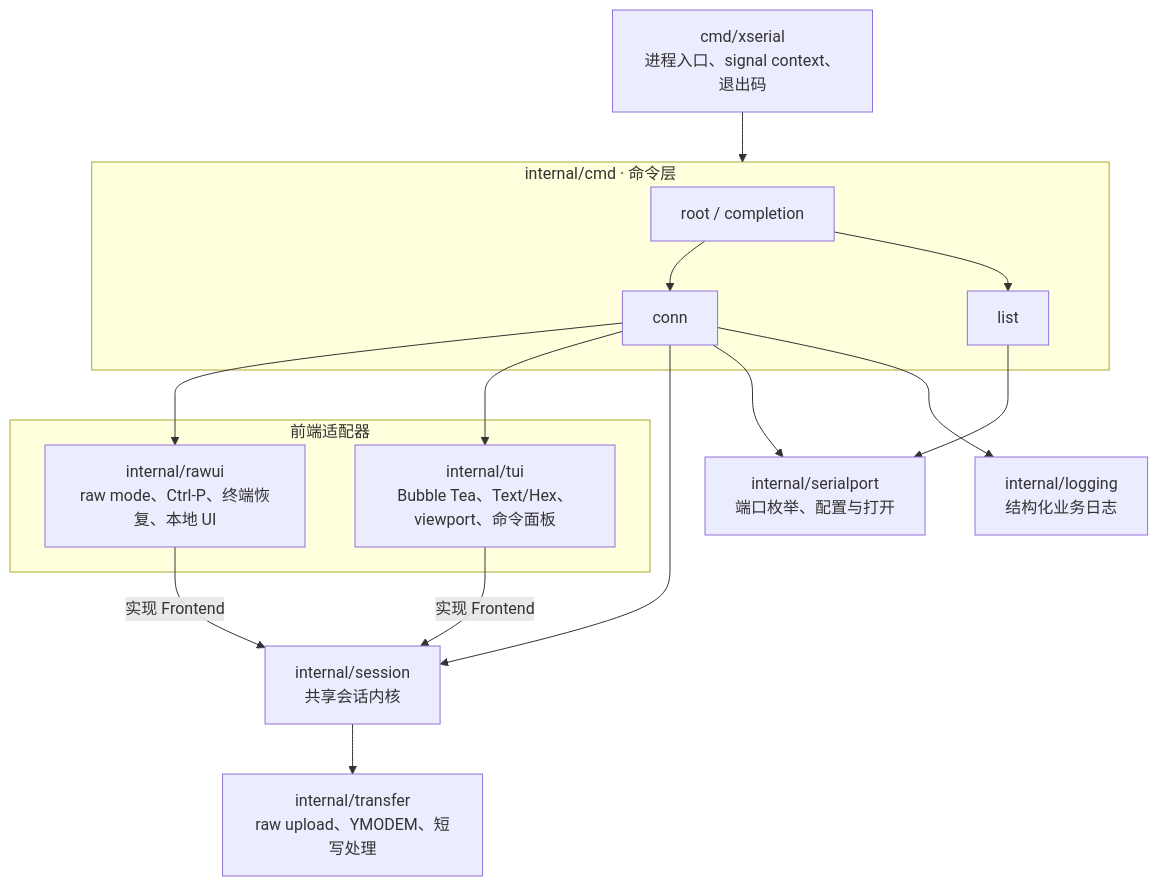
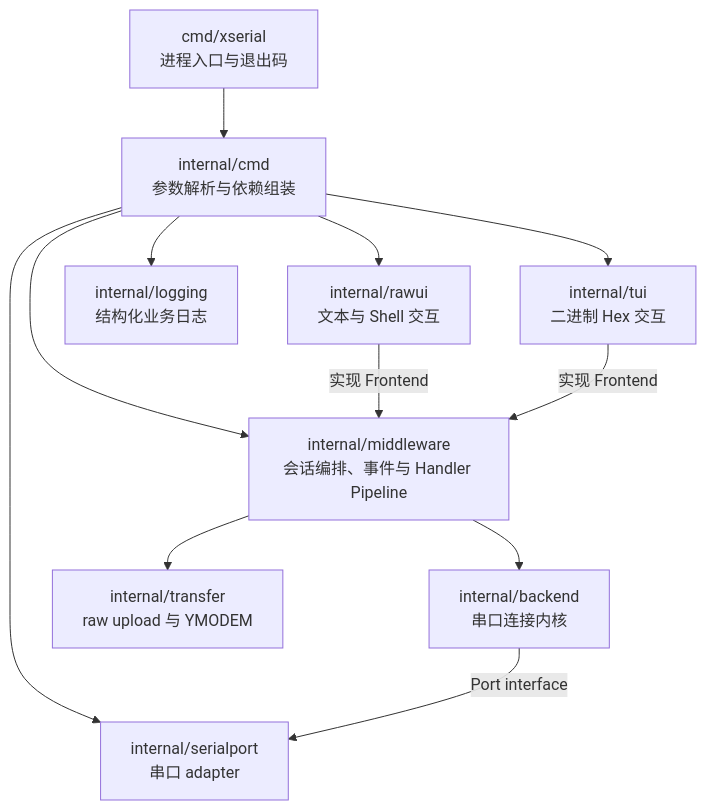
Before and after one commit to ZhiWei-Ou/xserial: the first of 3 diagrams in docs/architecture.md, drawn with Mermaid. The commit also changed other lines of this file and 23 other files, not shown here.

Commit message:
refactor(core): separate backend, middleware, and frontend responsibilities

````diff
--- a/docs/architecture.md
+++ b/docs/architecture.md
@@ -31,33 +7,27 @@
 ```mermaid
 flowchart TB
-    Entry[cmd/xserial<br/>进程入口、signal context、退出码]
+    Entry[cmd/xserial<br/>进程入口与退出码]
+    Cmd[internal/cmd<br/>参数解析与依赖组装]
 
-    subgraph CommandLayer[internal/cmd · 命令层]
-        Root[root / completion]
-        List[list]
-        Conn[conn]
-    end
+    Raw[internal/rawui<br/>文本与 Shell 交互]
+    TUI[internal/tui<br/>二进制 Hex 交互]
 
-    subgraph Frontends[前端适配器]
-        Raw[internal/rawui<br/>raw mode、Ctrl-P、终端恢复、本地 UI]
-        TUI[internal/tui<br/>Bubble Tea、Text/Hex、viewport、命令面板]
-    end
+    Middleware[internal/middleware<br/>会话编排、事件与 Handler Pipeline]
+    Backend[internal/backend<br/>串口连接内核]
+    Transfer[internal/transfer<br/>raw upload 与 YMODEM]
 
-    Session[internal/session<br/>共享会话内核]
-    Transfer[internal/transfer<br/>raw upload、YMODEM、短写处理]
-    Serial[internal/serialport<br/>端口枚举、配置与打开]
+    Serial[internal/serialport<br/>串口 adapter]
     Logging[internal/logging<br/>结构化业务日志]
 
-    Entry --> CommandLayer
-    Root --> Conn
-    Root --> List
-    Conn --> Raw
-    Conn --> TUI
-    Conn --> Session
-    Conn --> Serial
-    Conn --> Logging
-    List --> Serial
-    Raw -->|实现 Frontend| Session
-    TUI -->|实现 Frontend| Session
-    Session --> Transfer
+    Entry --> Cmd
+    Cmd --> Raw
+    Cmd --> TUI
+    Cmd --> Middleware
+    Cmd --> Serial
+    Cmd --> Logging
+    Raw -->|实现 Frontend| Middleware
+    TUI -->|实现 Frontend| Middleware
+    Middleware --> Backend
+    Middleware --> Transfer
+    Backend -->|Port interface| Serial
 ```
````
